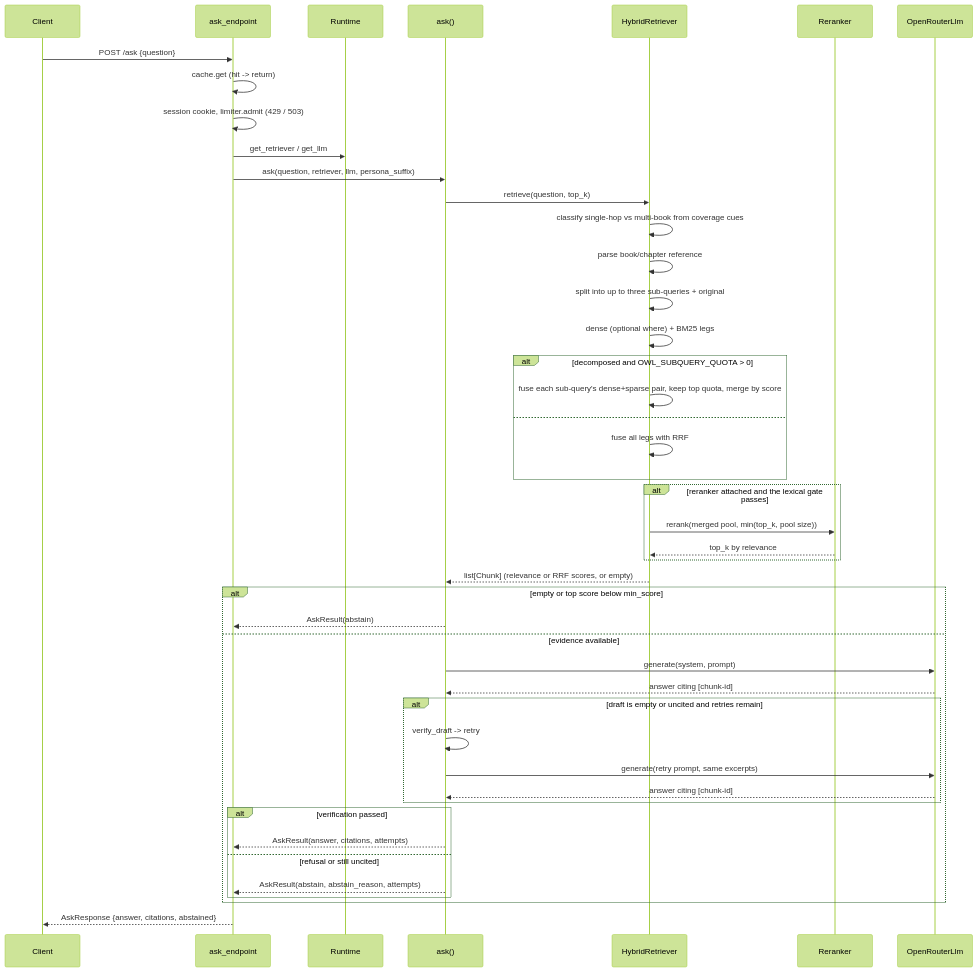
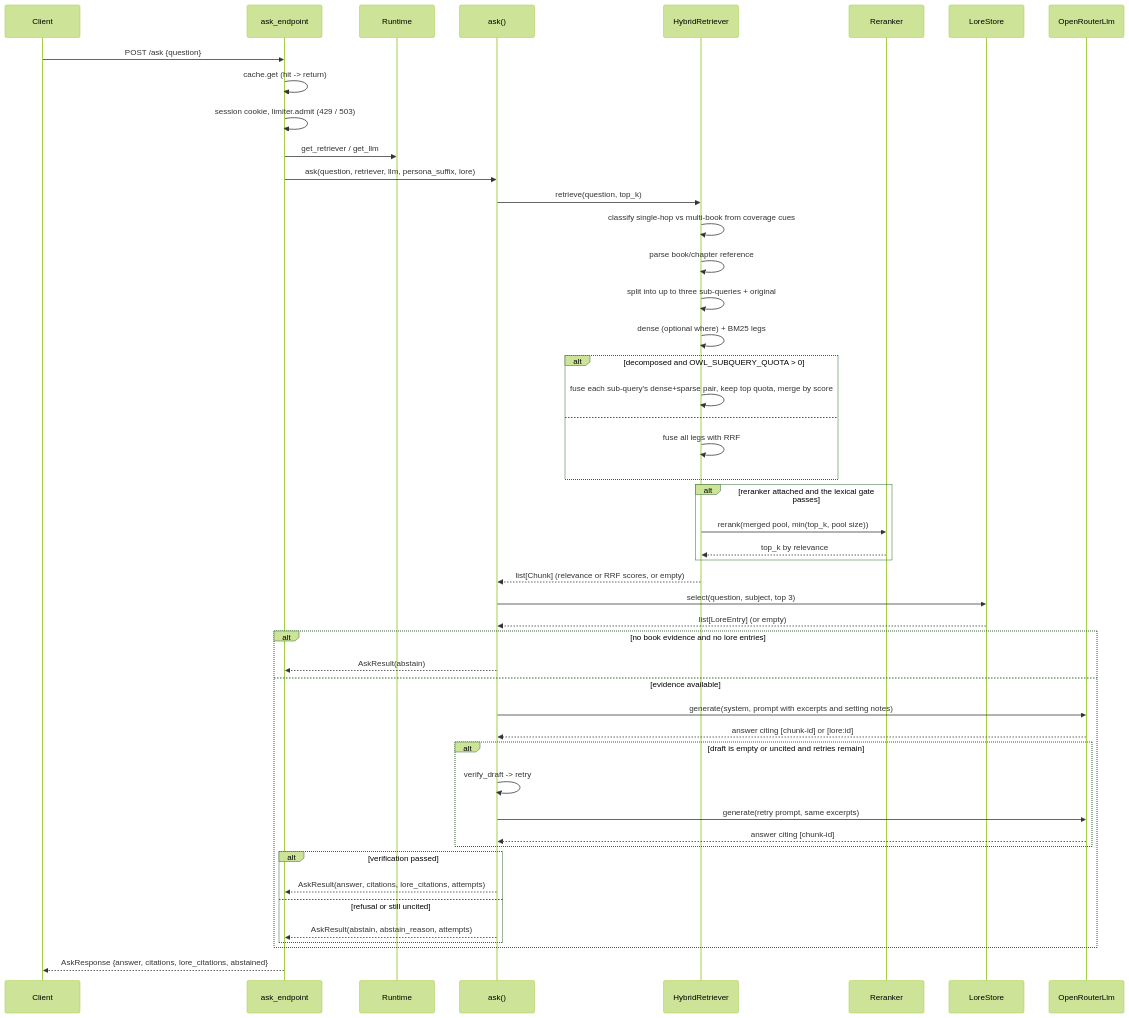
The third of 6 diagrams in docs/architecture.md (monitus2022/owl-online), drawn with Mermaid (forest theme) before and after one commit. The commit also changed other lines of this file and 16 other files, not shown here.

First line of the commit message:
fix(generate): make the lore prompt coherent and guard book questions (#118)

````diff
--- a/docs/architecture.md
+++ b/docs/architecture.md
@@ -202,48 +203,51 @@
 ```mermaid
 sequenceDiagram
   participant C as Client
   participant API as ask_endpoint
   participant R as Runtime
   participant A as ask()
   participant RET as HybridRetriever
   participant RR as Reranker
+  participant L as LoreStore
   participant LLM as OpenRouterLlm
 
   C->>API: POST /ask {question}
   API->>API: cache.get (hit -> return)
   API->>API: session cookie, limiter.admit (429 / 503)
   API->>R: get_retriever / get_llm
-  API->>A: ask(question, retriever, llm, persona_suffix)
+  API->>A: ask(question, retriever, llm, persona_suffix, lore)
   A->>RET: retrieve(question, top_k)
   RET->>RET: classify single-hop vs multi-book from coverage cues
   RET->>RET: parse book/chapter reference
   RET->>RET: split into up to three sub-queries + original
   RET->>RET: dense (optional where) + BM25 legs
   alt decomposed and OWL_SUBQUERY_QUOTA > 0
     RET->>RET: fuse each sub-query's dense+sparse pair, keep top quota, merge by score
   else
     RET->>RET: fuse all legs with RRF
   end
   alt reranker attached and the lexical gate passes
     RET->>RR: rerank(merged pool, min(top_k, pool size))
     RR-->>RET: top_k by relevance
   end
   RET-->>A: list[Chunk] (relevance or RRF scores, or empty)
-  alt empty or top score below min_score
+  A->>L: select(question, subject, top 3)
+  L-->>A: list[LoreEntry] (or empty)
+  alt no book evidence and no lore entries
     A-->>API: AskResult(abstain)
   else evidence available
-    A->>LLM: generate(system, prompt)
-    LLM-->>A: answer citing [chunk-id]
+    A->>LLM: generate(system, prompt with excerpts and setting notes)
+    LLM-->>A: answer citing [chunk-id] or [lore:id]
     alt draft is empty or uncited and retries remain
       A->>A: verify_draft -> retry
       A->>LLM: generate(retry prompt, same excerpts)
       LLM-->>A: answer citing [chunk-id]
     end
     alt verification passed
-      A-->>API: AskResult(answer, citations, attempts)
+      A-->>API: AskResult(answer, citations, lore_citations, attempts)
     else refusal or still uncited
       A-->>API: AskResult(abstain, abstain_reason, attempts)
     end
   end
-  API-->>C: AskResponse {answer, citations, abstained}
+  API-->>C: AskResponse {answer, citations, lore_citations, abstained}
 ```
````
